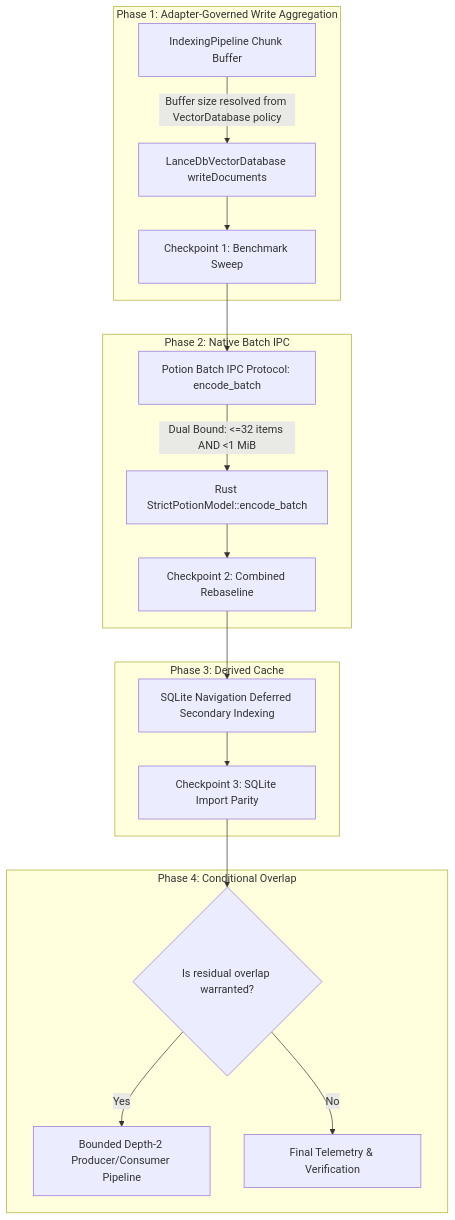
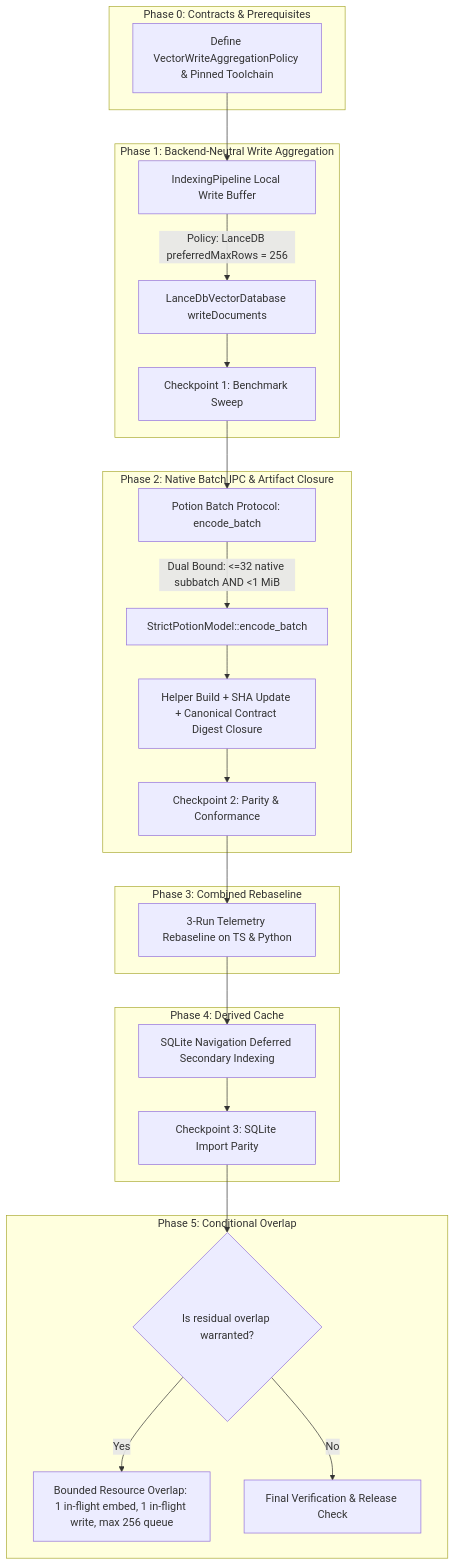
Before and after one commit to ham-zax/claude-context: the diagram in docs/plans/SATORI_OFFLINE_INDEXING_PERFORMANCE_OPTIMIZATION_PLAN.md, drawn with Mermaid. The commit also changed other lines of this file, not shown here.

Commit message:
docs(plans): refine offline indexing optimization plan with artifact closure and policy abstraction

````diff
--- a/docs/plans/SATORI_OFFLINE_INDEXING_PERFORMANCE_OPTIMIZATION_PLAN.md
+++ b/docs/plans/SATORI_OFFLINE_INDEXING_PERFORMANCE_OPTIMIZATION_PLAN.md
@@ -7,21 +7,29 @@
 ```mermaid
 graph TD
-    subgraph Phase 1: Adapter-Governed Write Aggregation
-        A[IndexingPipeline Chunk Buffer] -->|Buffer size resolved from VectorDatabase policy| B[LanceDbVectorDatabase writeDocuments]
+    subgraph Phase 0: Contracts & Prerequisites
+        P0[Define VectorWriteAggregationPolicy & Pinned Toolchain]
+    end
+    subgraph Phase 1: Backend-Neutral Write Aggregation
+        P0 --> A[IndexingPipeline Local Write Buffer]
+        A -->|Policy: LanceDB preferredMaxRows = 256| B[LanceDbVectorDatabase writeDocuments]
         B --> C[Checkpoint 1: Benchmark Sweep]
     end
-    subgraph Phase 2: Native Batch IPC
-        C --> D[Potion Batch IPC Protocol: encode_batch]
-        D -->|Dual Bound: <=32 items AND <1 MiB| E[Rust StrictPotionModel::encode_batch]
-        E --> F[Checkpoint 2: Combined Rebaseline]
+    subgraph Phase 2: Native Batch IPC & Artifact Closure
+        C --> D[Potion Batch Protocol: encode_batch]
+        D -->|Dual Bound: <=32 native subbatch AND <1 MiB| E[StrictPotionModel::encode_batch]
+        E --> F[Helper Build + SHA Update + Canonical Contract Digest Closure]
+        F --> G[Checkpoint 2: Parity & Conformance]
     end
-    subgraph Phase 3: Derived Cache
-        F --> G[SQLite Navigation Deferred Secondary Indexing]
-        G --> H[Checkpoint 3: SQLite Import Parity]
+    subgraph Phase 3: Combined Rebaseline
+        G --> H[3-Run Telemetry Rebaseline on TS & Python]
     end
-    subgraph Phase 4: Conditional Overlap
-        H --> I{Is residual overlap warranted?}
-        I -->|Yes| J[Bounded Depth-2 Producer/Consumer Pipeline]
-        I -->|No| K[Final Telemetry & Verification]
+    subgraph Phase 4: Derived Cache
+        H --> I[SQLite Navigation Deferred Secondary Indexing]
+        I --> J[Checkpoint 3: SQLite Import Parity]
+    end
+    subgraph Phase 5: Conditional Overlap
+        J --> K{Is residual overlap warranted?}
+        K -->|Yes| L[Bounded Resource Overlap: 1 in-flight embed, 1 in-flight write, max 256 queue]
+        K -->|No| M[Final Verification & Release Check]
     end
 ```
````
